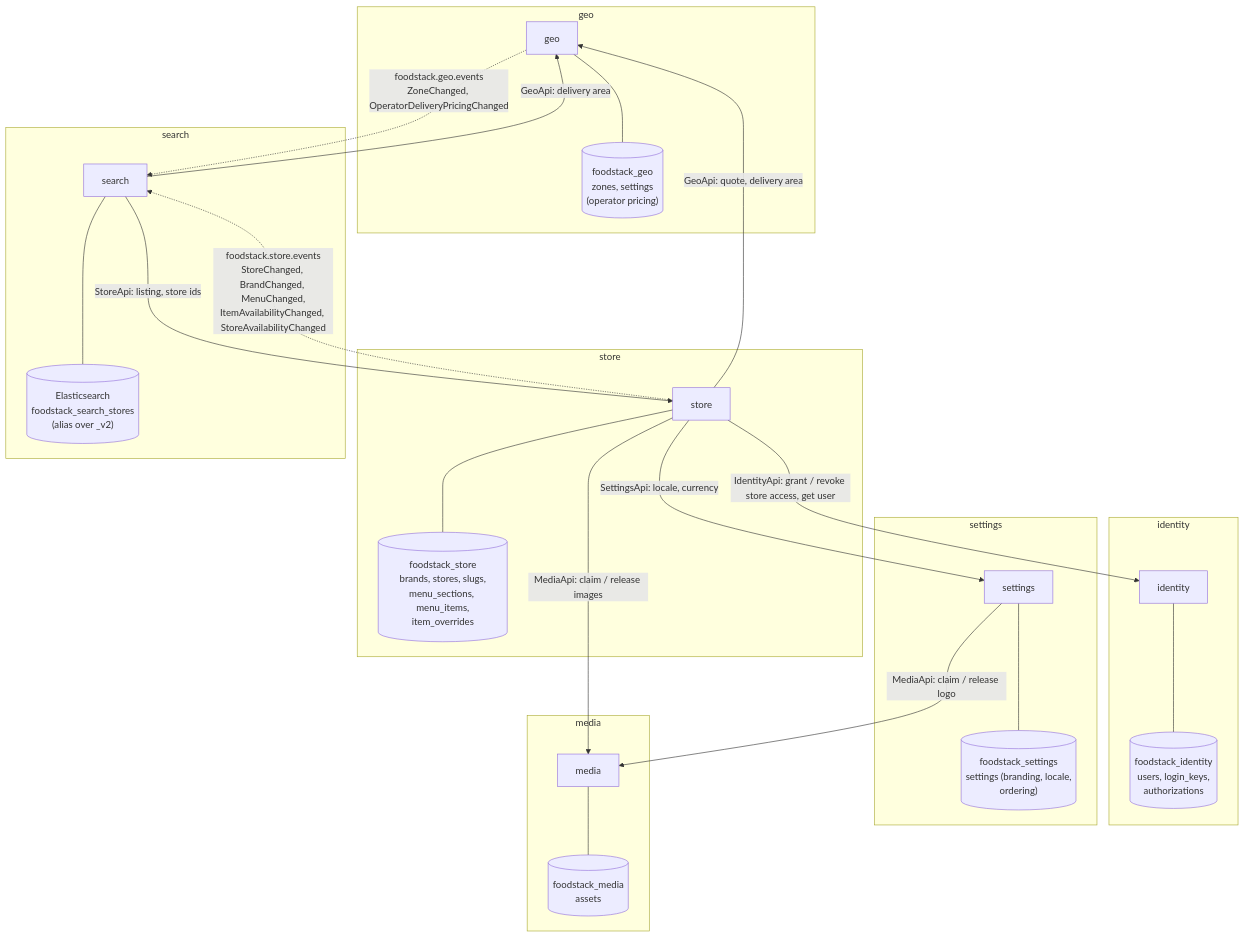
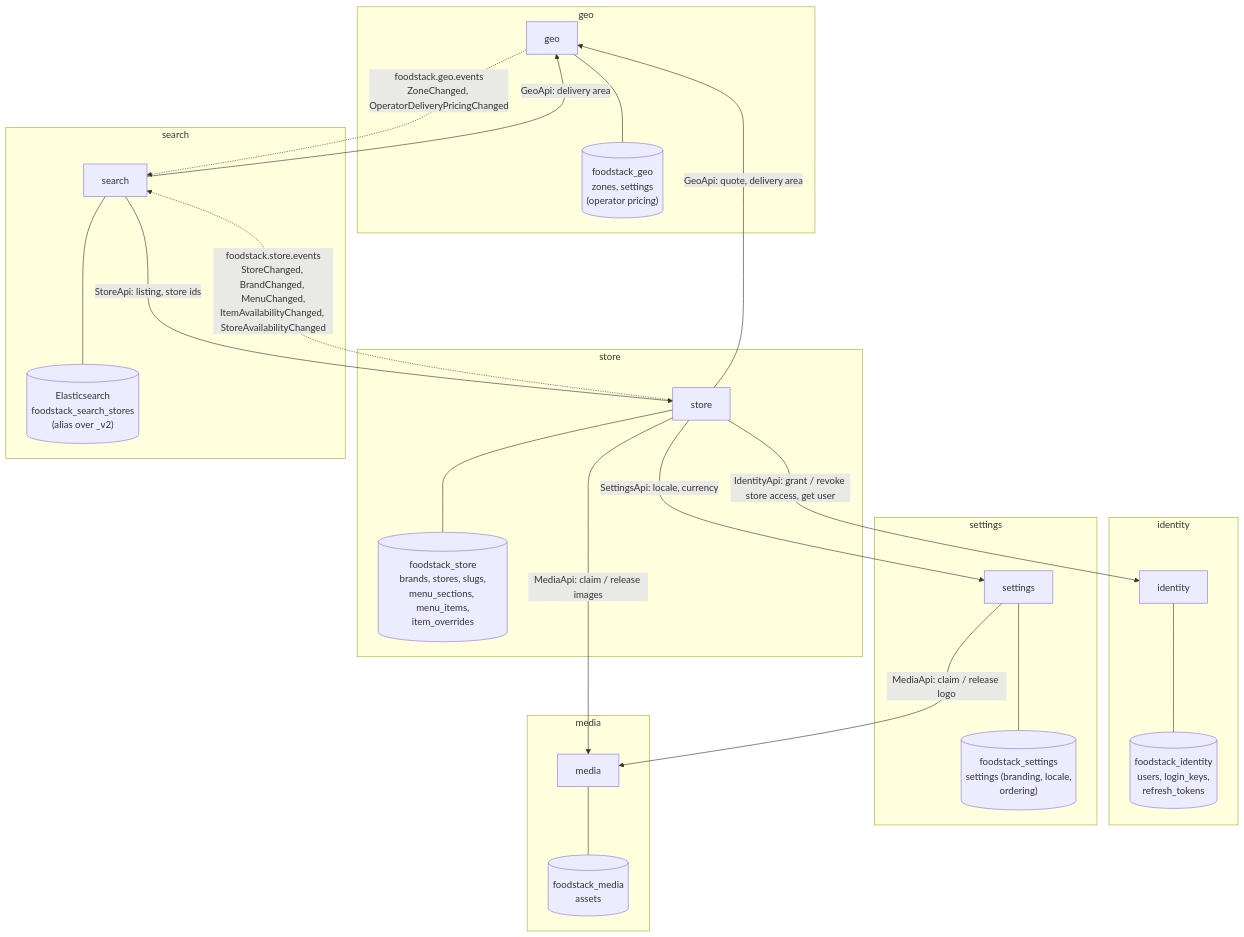
One commit to ilyaslabs/foodstack changed the second of 5 diagrams in docs/architecture/01-big-picture.md. Above: the diagram before and after it, drawn with Mermaid. The commit also changed other lines of this file and 11 other files, not shown here.

First line of the commit message:
Docs for the scale-out work: BRD, PRD, TDD 7.3-7.5, 9.1 and 25, deployment guide, flows

````diff
--- a/docs/architecture/01-big-picture.md
+++ b/docs/architecture/01-big-picture.md
@@ -55,45 +55,45 @@
 ```mermaid
 flowchart TB
     subgraph identity
         ID[identity]
-        IDdb[("foodstack_identity<br/>users, login_keys,<br/>authorizations")]
+        IDdb[("foodstack_identity<br/>users, login_keys,<br/>refresh_tokens")]
     end
     subgraph settings
         SE[settings]
         SEdb[("foodstack_settings<br/>settings (branding, locale,<br/>ordering)")]
     end
     subgraph media
         ME[media]
         MEdb[("foodstack_media<br/>assets")]
     end
     subgraph geo
         GE[geo]
         GEdb[("foodstack_geo<br/>zones, settings<br/>(operator pricing)")]
     end
     subgraph store
         ST[store]
         STdb[("foodstack_store<br/>brands, stores, slugs,<br/>menu_sections, menu_items,<br/>item_overrides")]
     end
     subgraph search
         SR[search]
         ES[("Elasticsearch<br/>foodstack_search_stores<br/>(alias over _v2)")]
     end
 
     ID --- IDdb
     SE --- SEdb
     ME --- MEdb
     GE --- GEdb
     ST --- STdb
     SR --- ES
 
     SE -->|"MediaApi: claim / release logo"| ME
     ST -->|"SettingsApi: locale, currency"| SE
     ST -->|"MediaApi: claim / release images"| ME
     ST -->|"IdentityApi: grant / revoke store access, get user"| ID
     ST -->|"GeoApi: quote, delivery area"| GE
     SR -->|"StoreApi: listing, store ids"| ST
     SR -->|"GeoApi: delivery area"| GE
 
     ST -. "foodstack.store.events<br/>StoreChanged, BrandChanged, MenuChanged,<br/>ItemAvailabilityChanged, StoreAvailabilityChanged" .-> SR
     GE -. "foodstack.geo.events<br/>ZoneChanged, OperatorDeliveryPricingChanged" .-> SR
 ```
````
